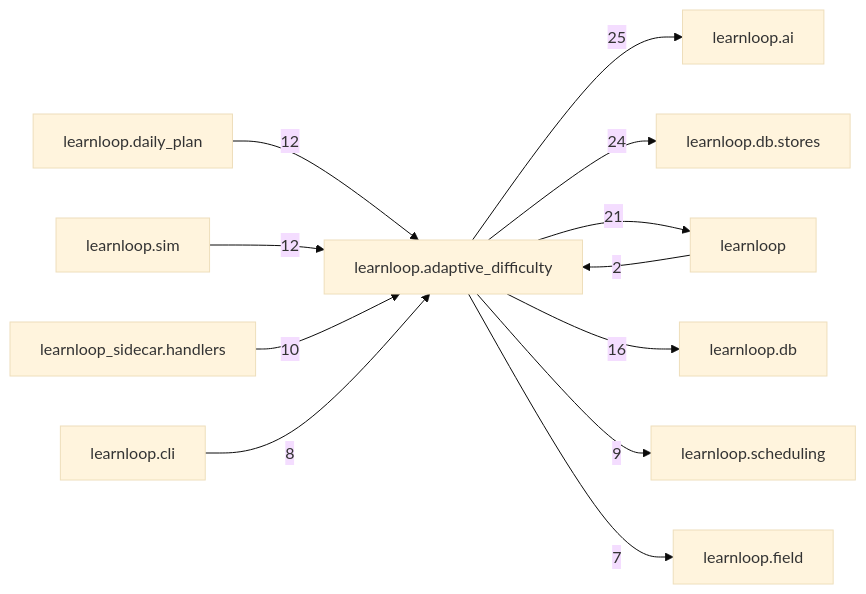
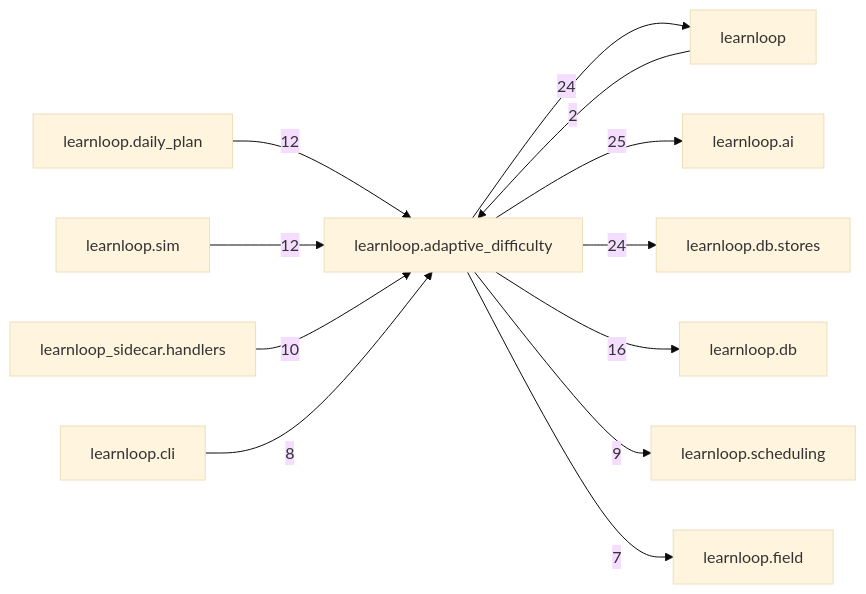
Before and after one commit to 6up-b/learnanything: the diagram in docs/learnloop-architecture-vault/Reference/Modules/learnloop/adaptive_difficulty/_package.md, drawn with Mermaid (base theme). The commit also changed other lines of this file and 590 other files, not shown here.

````diff
--- a/docs/learnloop-architecture-vault/Reference/Modules/learnloop/adaptive_difficulty/_package.md
+++ b/docs/learnloop-architecture-vault/Reference/Modules/learnloop/adaptive_difficulty/_package.md
@@ -170,25 +171,25 @@
 ```mermaid
 flowchart LR
     center["learnloop.adaptive_difficulty"]
+    n_learnloop["learnloop"]
     n_learnloop_ai["learnloop.ai"]
     n_learnloop_db_stores["learnloop.db.stores"]
-    n_learnloop["learnloop"]
     n_learnloop_db["learnloop.db"]
     n_learnloop_daily_plan["learnloop.daily_plan"]
     n_learnloop_sim["learnloop.sim"]
     n_learnloop_sidecar_handlers["learnloop_sidecar.handlers"]
     n_learnloop_scheduling["learnloop.scheduling"]
     n_learnloop_cli["learnloop.cli"]
     n_learnloop_field["learnloop.field"]
+    n_learnloop -->|2| center
+    center -->|24| n_learnloop
     center -->|25| n_learnloop_ai
     center -->|24| n_learnloop_db_stores
-    n_learnloop -->|2| center
-    center -->|21| n_learnloop
     center -->|16| n_learnloop_db
     n_learnloop_daily_plan -->|12| center
     n_learnloop_sim -->|12| center
     n_learnloop_sidecar_handlers -->|10| center
     center -->|9| n_learnloop_scheduling
     n_learnloop_cli -->|8| center
     center -->|7| n_learnloop_field
 ```
````
